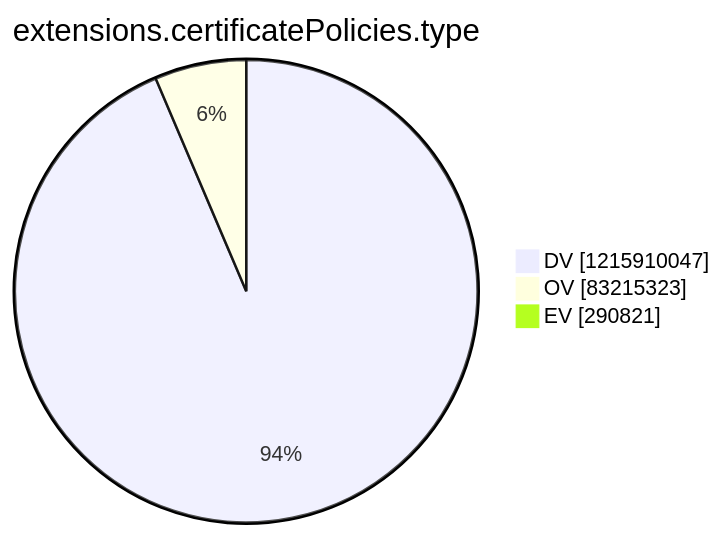
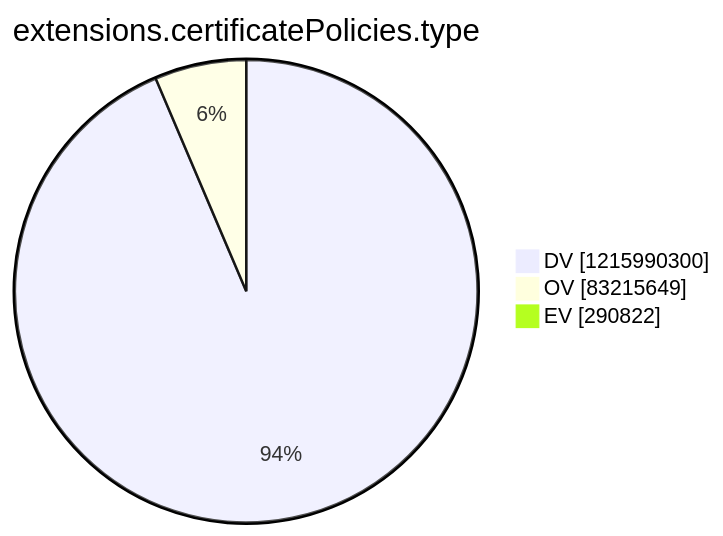
The tenth of 15 diagrams in argon2022/README.md (christiankrug/ctmonitor_visualization), drawn with Mermaid before and after one commit. The commit also changed other lines of this file, not shown here.

````diff
--- a/argon2022/README.md
+++ b/argon2022/README.md
@@ -2768,7 +2769,7 @@
 ```mermaid
 pie showData
 title extensions.certificatePolicies.type
-"DV" :1215910047
-"OV" :83215323
-"EV" :290821
+"DV" :1215990300
+"OV" :83215649
+"EV" :290822
 ```
````
